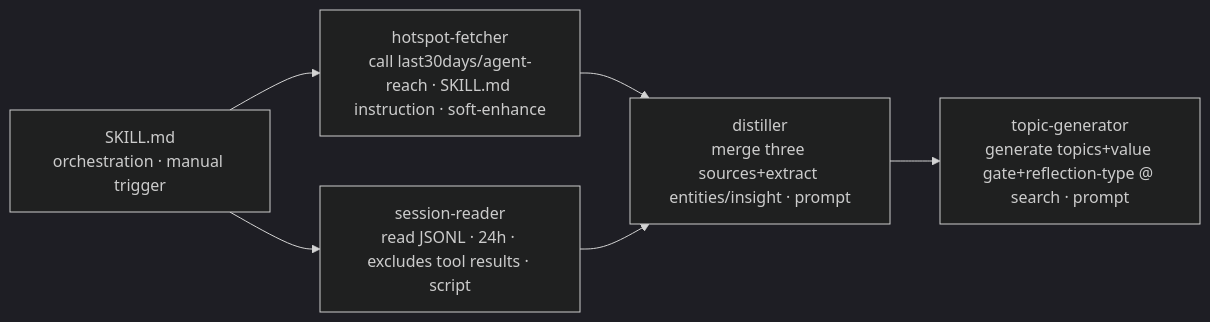
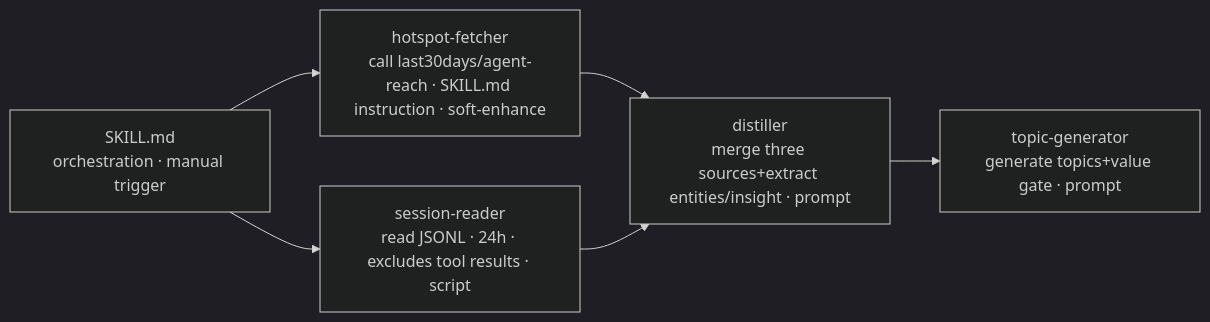
Before and after one commit to tigerless-labs/auto-gtm: the second of 4 diagrams in docs/design-harness/output/0-system.md, drawn with Mermaid (dark theme). The commit also changed other lines of this file and 22 other files, not shown here.

First line of the commit message:
feat: split @-finding + tone-learning into new x-content-generator skill

````diff
--- a/docs/design-harness/output/0-system.md
+++ b/docs/design-harness/output/0-system.md
@@ -35,15 +35,15 @@
 ```mermaid
 flowchart LR
-  SKILL["SKILL.md<br/>orchestration · manual trigger"]
+  SKILL1["SKILL.md<br/>orchestration · manual trigger"]
   HF["hotspot-fetcher<br/>call last30days/agent-reach · SKILL.md instruction · soft-enhance"]
   SR["session-reader<br/>read JSONL · 24h · excludes tool results · script"]
   DI["distiller<br/>merge three sources+extract entities/insight · prompt"]
-  TG["topic-generator<br/>generate topics+value gate+reflection-type @ search · prompt"]
-  SKILL --> HF --> DI
-  SKILL --> SR --> DI
+  TG["topic-generator<br/>generate topics+value gate · prompt"]
+  SKILL1 --> HF --> DI
+  SKILL1 --> SR --> DI
   DI --> TG
   click HF "modules/hotspot-fetcher.md"
   click SR "modules/session-reader.md"
   click DI "modules/distiller.md"
   click TG "modules/topic-generator.md"
 ```
````
